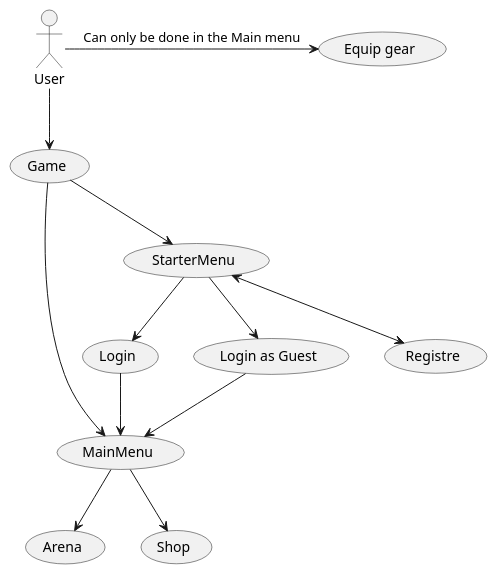
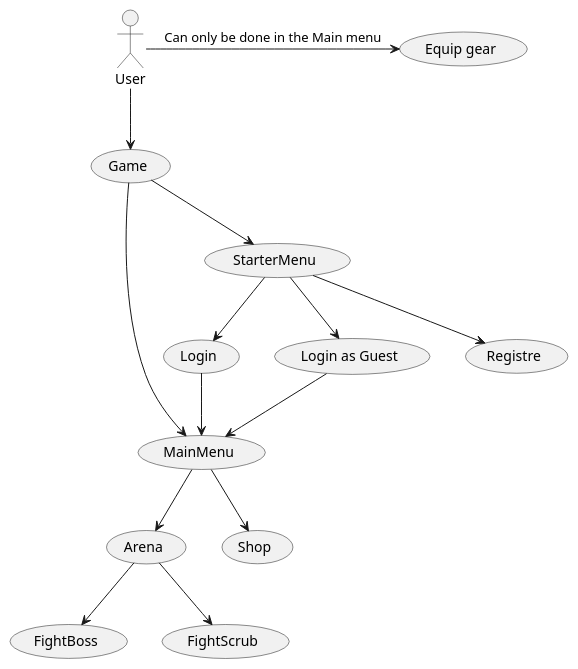
One commit to olivermjmj/Maend-der-slaes changed the diagram in MaendDerSlaes/data/plantUML/DomainModel.puml. Above: the diagram before and after it, drawn with PlantUML. The commit also changed 10 other files, not shown here.

Commit message:
DomainModel and ClassDiagram. I have also made it so a user trying to registre needs at username and password that is 3 - 12 characters long.

```diff
--- a/MaendDerSlaes/data/plantUML/DomainModel.puml
+++ b/MaendDerSlaes/data/plantUML/DomainModel.puml
@@ -1,16 +1,19 @@
 @startuml
 'https://plantuml.com/use-case-diagram
 
 User -> (Equip gear) : Can only be done in the Main menu
 User --> (Game)
 (Game) --> (StarterMenu)
 (StarterMenu) --> (Login)
 (StarterMenu) --> (Login as Guest)
-(StarterMenu) <--> (Registre)
+(StarterMenu) --> (Registre)
 (Game) -> (MainMenu)
 (Login) --> (MainMenu)
 (Login as Guest) --> (MainMenu)
 (MainMenu) --> (Arena)
 (MainMenu) --> (Shop)
 
+(Arena) --> (FightBoss)
+(Arena) --> (FightScrub)
+
 @enduml
```
